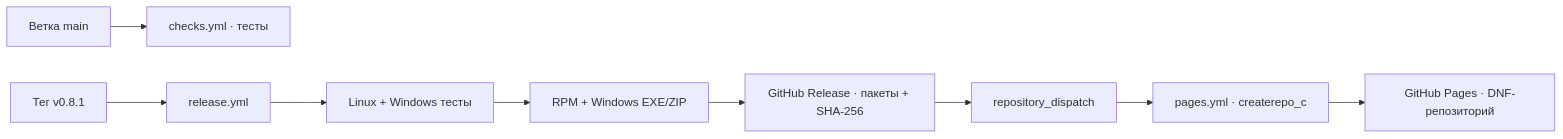
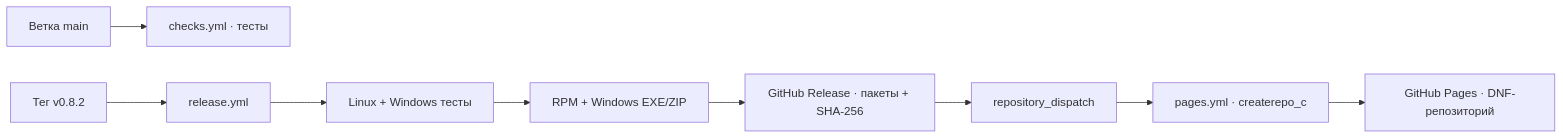
Before and after one commit to Kostya5232/naps3-redos: the second of 3 diagrams in PROGRAM_MAP.md, drawn with Mermaid. The commit also changed other lines of this file and 16 other files, not shown here.

````diff
--- a/PROGRAM_MAP.md
+++ b/PROGRAM_MAP.md
@@ -82,11 +83,11 @@
 ```mermaid
 flowchart LR
     MainBranch["Ветка main"] --> Checks["checks.yml · тесты"]
-    Tag["Тег v0.8.1"] --> Release["release.yml"]
+    Tag["Тег v0.8.2"] --> Release["release.yml"]
     Release --> Tests["Linux + Windows тесты"]
     Tests --> Build["RPM + Windows EXE/ZIP"]
     Build --> Assets["GitHub Release · пакеты + SHA-256"]
     Assets --> Dispatch["repository_dispatch"]
     Dispatch --> Pages["pages.yml · createrepo_c"]
     Pages --> DNF["GitHub Pages · DNF-репозиторий"]
 ```
````
